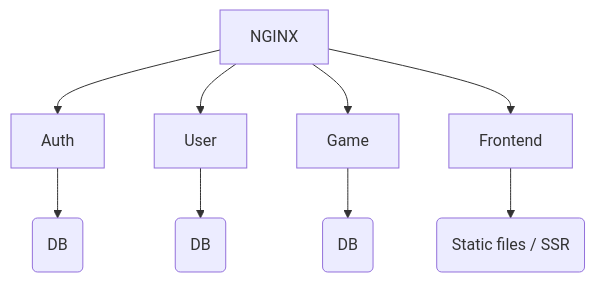
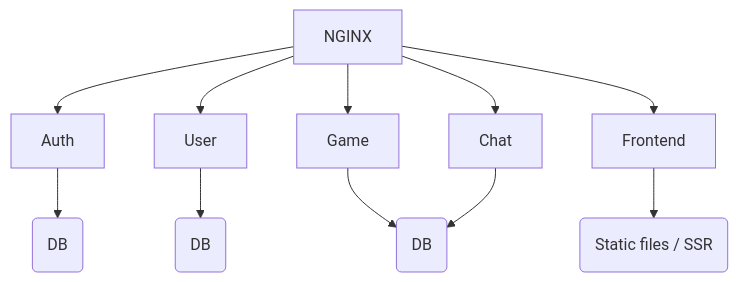
Before and after one commit to ccg-v/ft_transcendence: the diagram in docs/00_MODULE_SELECTION _+_MICROSERVICES_BREAKDOWN.md, drawn with Mermaid. The commit also changed other lines of this file, not shown here.

````diff
--- a/docs/00_MODULE_SELECTION _+_MICROSERVICES_BREAKDOWN.md
+++ b/docs/00_MODULE_SELECTION _+_MICROSERVICES_BREAKDOWN.md
@@ -20,7 +3,8 @@
 ```mermaid
 graph TD;
     NGINX-->Auth-->A("DB");
     NGINX-->User-->B("DB");
    	NGINX-->Game-->C("DB");
+   	NGINX-->Chat-->C("DB");	
     NGINX-->Frontend-->D("Static files / SSR");
 ```
````
